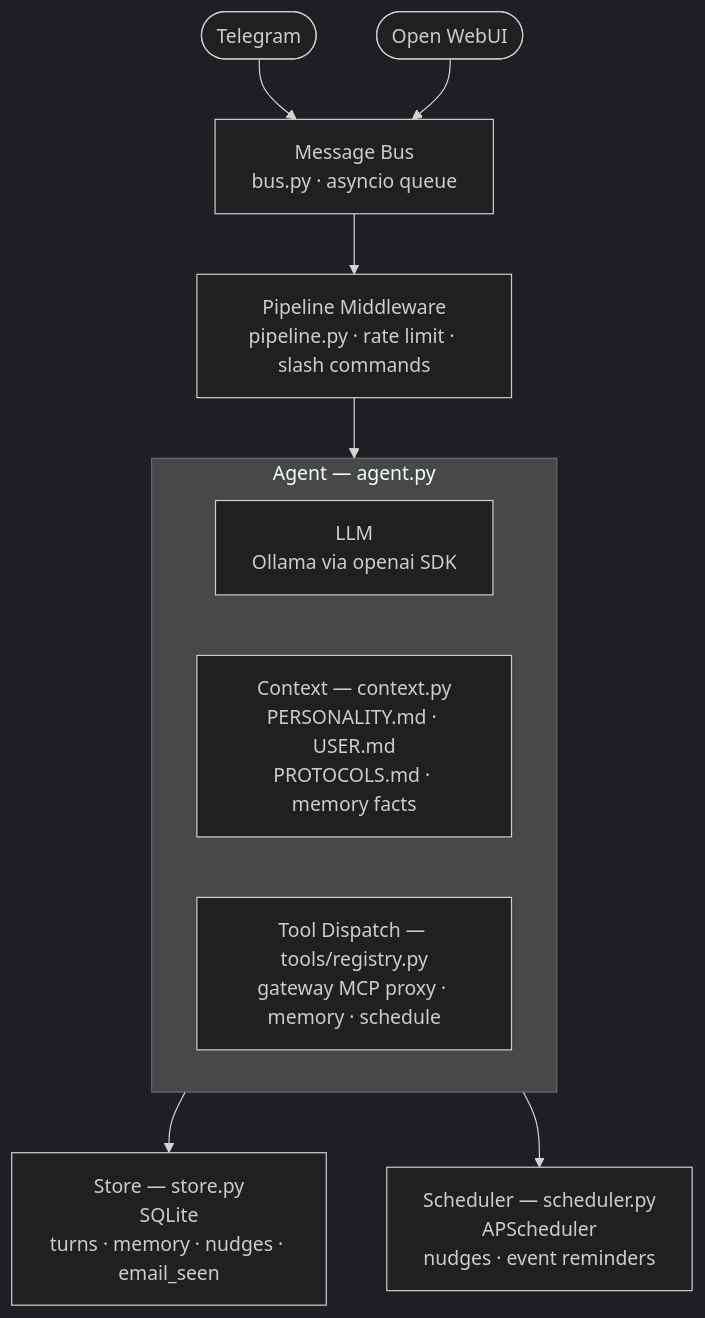
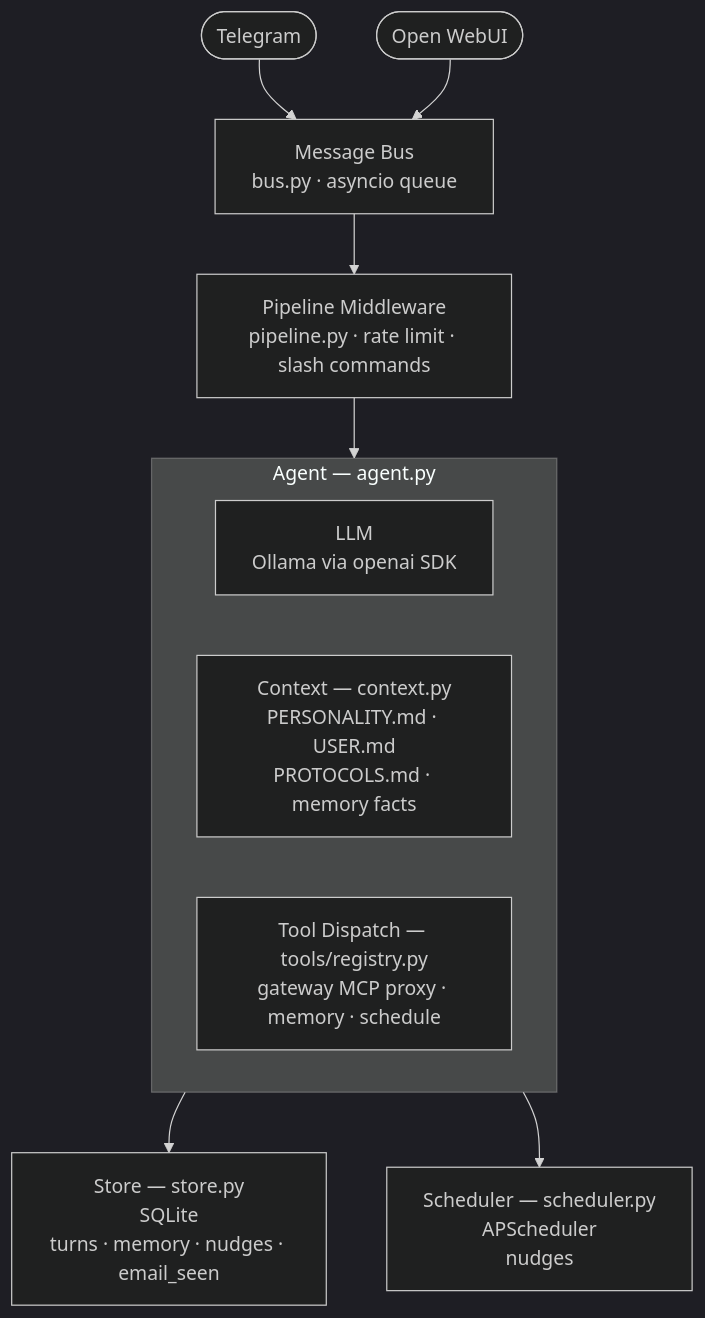
One commit to awfulwoman/chives changed the diagram in README.md. Above: the diagram before and after it, drawn with Mermaid (dark theme). The commit also changed other lines of this file and 5 other files, not shown here.

First line of the commit message:
feat: remove event reminders

````diff
--- a/README.md
+++ b/README.md
@@ -19,21 +19,21 @@
 ```mermaid
 flowchart TD
     Telegram([Telegram]) & OpenWebUI([Open WebUI]) --> Bus
 
     Bus["Message Bus\nbus.py · asyncio queue"]
     Bus --> Pipeline
 
     Pipeline["Pipeline Middleware\npipeline.py · rate limit · slash commands"]
     Pipeline --> Agent
 
     subgraph Agent["Agent — agent.py"]
         LLM["LLM\nOllama via openai SDK"]
         Context["Context — context.py\nPERSONALITY.md · USER.md\nPROTOCOLS.md · memory facts"]
         Tools["Tool Dispatch — tools/registry.py\ngateway MCP proxy · memory · schedule"]
     end
 
     Agent --> Store & Scheduler
 
     Store["Store — store.py\nSQLite\nturns · memory · nudges · email_seen"]
-    Scheduler["Scheduler — scheduler.py\nAPScheduler\nnudges · event reminders"]
+    Scheduler["Scheduler — scheduler.py\nAPScheduler\nnudges"]
 ```
````
